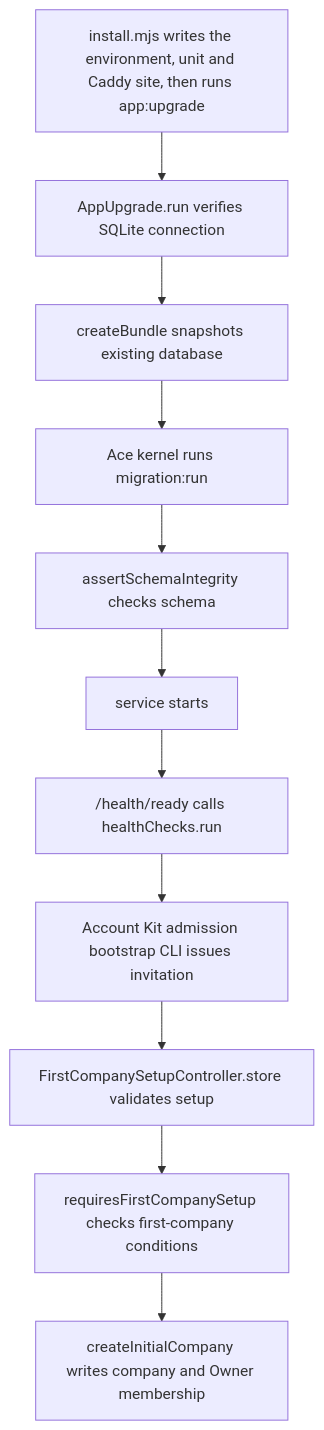
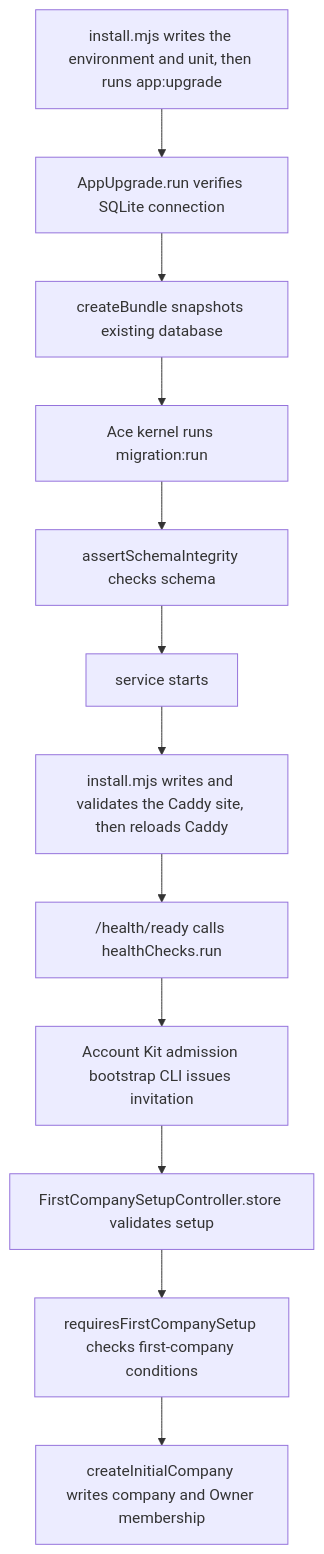
One commit to Kevinjohn/capacitylens changed the second of 2 diagrams in user-stories/installation/US-INS-01-install-one-agency.md. Above: the diagram before and after it, drawn with Mermaid. The commit also changed 4 other files, not shown here.

````diff
--- a/user-stories/installation/US-INS-01-install-one-agency.md
+++ b/user-stories/installation/US-INS-01-install-one-agency.md
@@ -37,13 +37,14 @@
 ```mermaid
 flowchart TD
-  installer["install.mjs writes the environment, unit and Caddy site, then runs app:upgrade"] --> upgrade["AppUpgrade.run verifies SQLite connection"]
+  installer["install.mjs writes the environment and unit, then runs app:upgrade"] --> upgrade["AppUpgrade.run verifies SQLite connection"]
   upgrade --> backup["createBundle snapshots existing database"]
   backup --> migrate["Ace kernel runs migration:run"]
   migrate --> integrity["assertSchemaIntegrity checks schema"]
   integrity --> service["service starts"]
-  service --> ready["/health/ready calls healthChecks.run"]
+  service --> caddy["install.mjs writes and validates the Caddy site, then reloads Caddy"]
+  caddy --> ready["/health/ready calls healthChecks.run"]
   ready --> bootstrap["Account Kit admission bootstrap CLI issues invitation"]
   bootstrap --> browser["FirstCompanySetupController.store validates setup"]
   browser --> guard["requiresFirstCompanySetup checks first-company conditions"]
   guard --> create["createInitialCompany writes company and Owner membership"]
 ```
````
